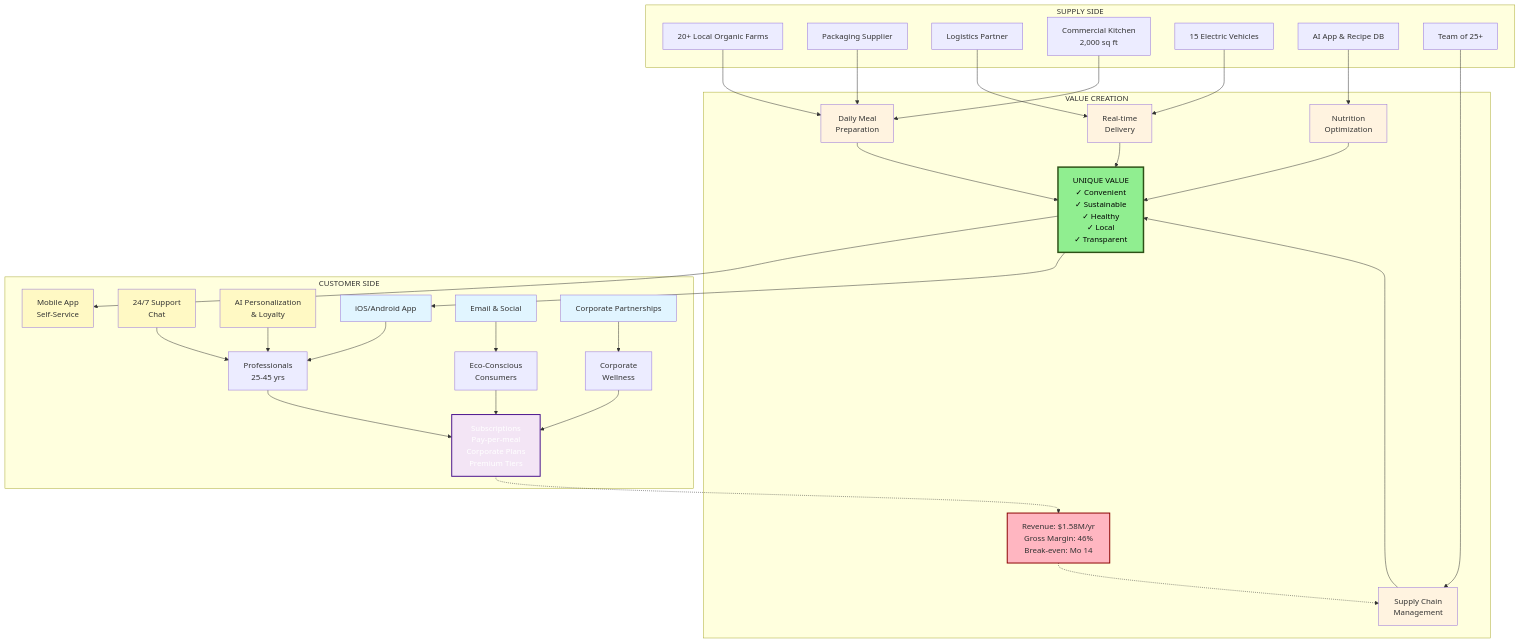
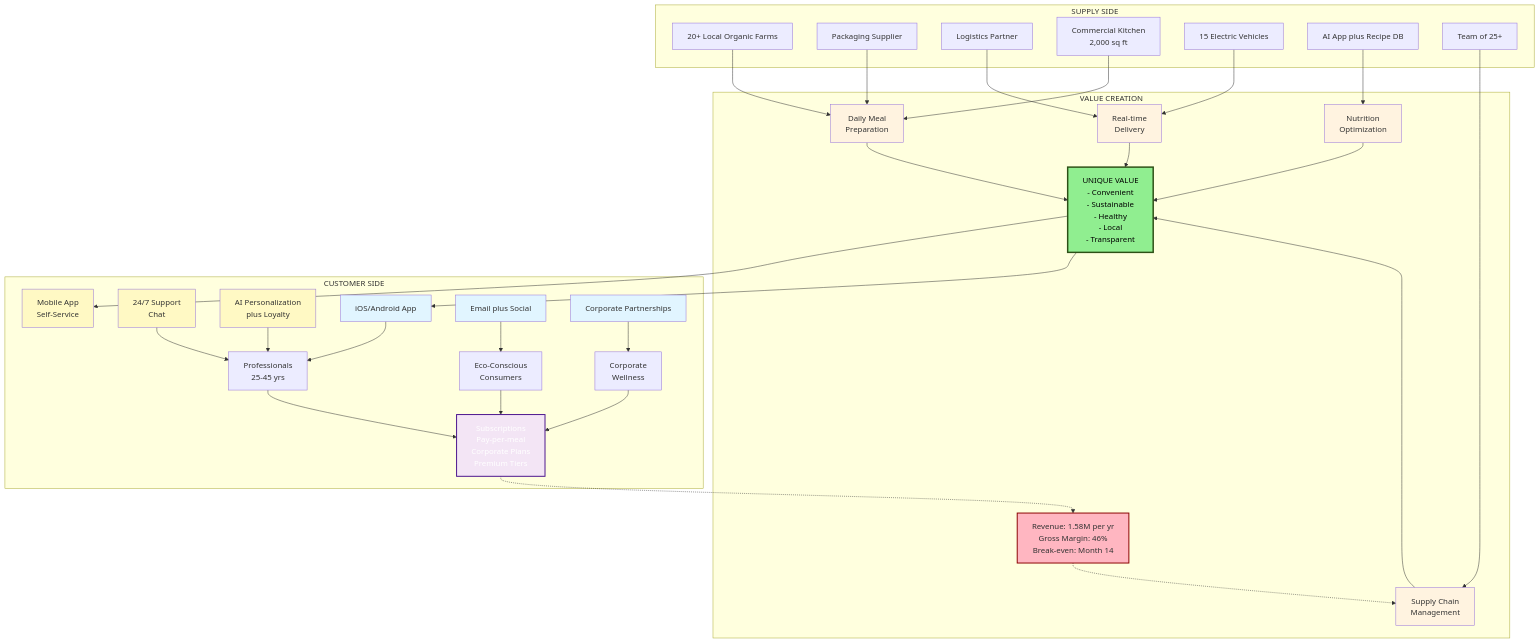
Before and after one commit to tableaprogramming-rgb/business-model-canvas: the third of 3 diagrams in Business_Model_Canvas_Guide.md, drawn with Mermaid. The commit also changed other lines of this file and 2 other files, not shown here.

Commit message:
Fix Mermaid diagram syntax errors - remove special characters, HTML tags, and special symbols

````diff
--- a/Business_Model_Canvas_Guide.md
+++ b/Business_Model_Canvas_Guide.md
@@ -619,72 +619,72 @@
 ```mermaid
 graph TB
     subgraph Left["SUPPLY SIDE"]
         KP1["20+ Local Organic Farms"]
         KP2["Packaging Supplier"]
         KP3["Logistics Partner"]
         KR1["Commercial Kitchen<br/>2,000 sq ft"]
         KR2["15 Electric Vehicles"]
-        KR3["AI App & Recipe DB"]
+        KR3["AI App plus Recipe DB"]
         KR4["Team of 25+"]
     end
 
     subgraph Middle["VALUE CREATION"]
         KA1["Daily Meal<br/>Preparation"]
         KA2["Supply Chain<br/>Management"]
         KA3["Real-time<br/>Delivery"]
         KA4["Nutrition<br/>Optimization"]
-        VP["UNIQUE VALUE<br/>✓ Convenient<br/>✓ Sustainable<br/>✓ Healthy<br/>✓ Local<br/>✓ Transparent"]
-        CS["Revenue: $1.58M/yr<br/>Gross Margin: 46%<br/>Break-even: Mo 14"]
+        VP["UNIQUE VALUE<br/>- Convenient<br/>- Sustainable<br/>- Healthy<br/>- Local<br/>- Transparent"]
+        CS["Revenue: 1.58M per yr<br/>Gross Margin: 46%<br/>Break-even: Month 14"]
     end
 
     subgraph Right["CUSTOMER SIDE"]
         CR1["Mobile App<br/>Self-Service"]
         CR2["24/7 Support<br/>Chat"]
-        CR3["AI Personalization<br/>& Loyalty"]
+        CR3["AI Personalization<br/>plus Loyalty"]
         CHAN1["iOS/Android App"]
-        CHAN2["Email & Social"]
+        CHAN2["Email plus Social"]
         CHAN3["Corporate Partnerships"]
         CS1["Professionals<br/>25-45 yrs"]
         CS2["Eco-Conscious<br/>Consumers"]
         CS3["Corporate<br/>Wellness"]
         RS["Subscriptions<br/>Pay-per-meal<br/>Corporate Plans<br/>Premium Tiers"]
     end
 
     KP1 --> KA1
     KP2 --> KA1
     KP3 --> KA3
     KR1 --> KA1
     KR2 --> KA3
     KR3 --> KA4
     KR4 --> KA2
     KA1 --> VP
     KA2 --> VP
     KA3 --> VP
     KA4 --> VP
     VP --> CR1
     VP --> CHAN1
     CHAN1 --> CS1
     CHAN2 --> CS2
     CHAN3 --> CS3
     CR2 --> CS1
     CR3 --> CS1
     CS1 --> RS
     CS2 --> RS
     CS3 --> RS
     RS -.-> CS
     CS -.-> KA2
 
     style VP fill:#90EE90,stroke:#2d5016,stroke-width:3px,color:#000
     style CS fill:#FFB6C1,stroke:#8b0000,stroke-width:2px
     style KA1 fill:#fff3e0
     style KA2 fill:#fff3e0
     style KA3 fill:#fff3e0
     style KA4 fill:#fff3e0
     style CR1 fill:#fff9c4
     style CR2 fill:#fff9c4
     style CR3 fill:#fff9c4
     style CHAN1 fill:#e1f5ff
     style CHAN2 fill:#e1f5ff
     style CHAN3 fill:#e1f5ff
     style RS fill:#f3e5f5,stroke:#4a148c,stroke-width:2px,color:#fff
 ```
````
